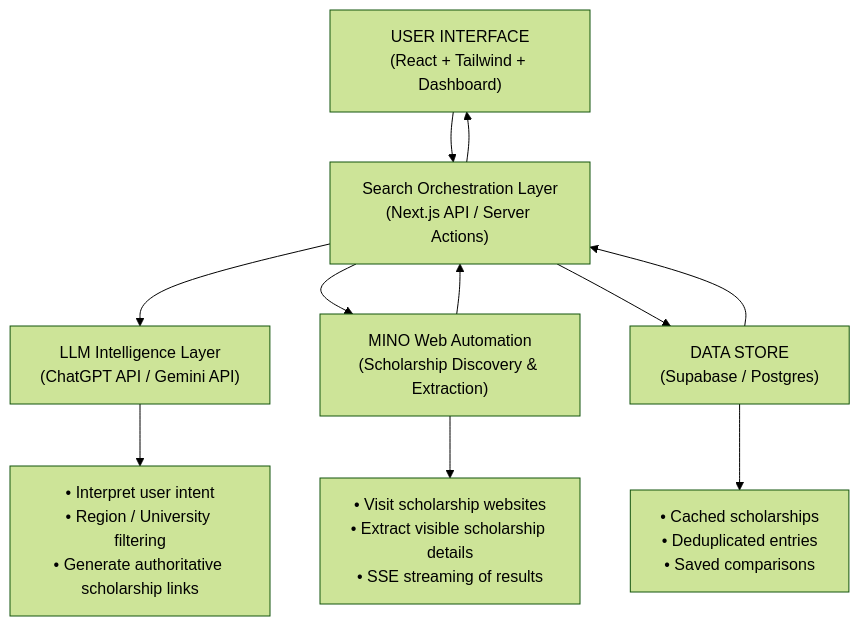
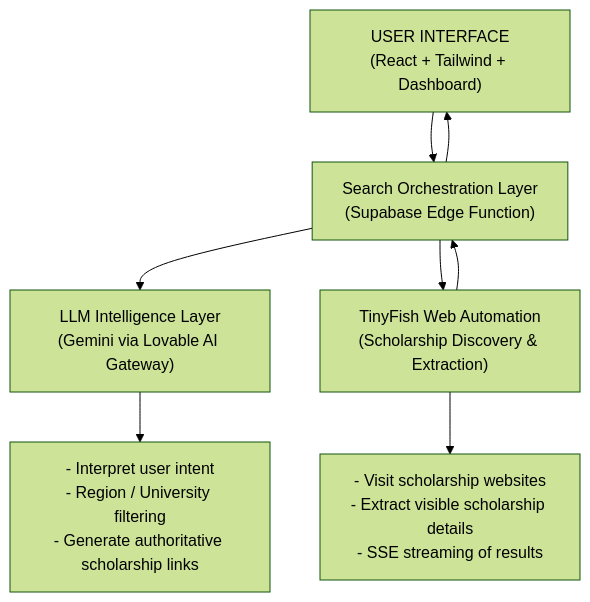
One commit to tinyfish-io/TinyFish-cookbook changed the diagram in scholarship-finder/README.md. Above: the diagram before and after it, drawn with Mermaid (forest theme). The commit also changed other lines of this file and 68 other files, not shown here.

First line of the commit message:
Migrate cookbook projects from Gemini/Mino to OpenAI/TinyFish

````diff
--- a/scholarship-finder/README.md
+++ b/scholarship-finder/README.md
@@ -86,54 +123,44 @@
 ```mermaid
 flowchart TB
 
 %% =======================
 %% UI LAYER
 %% =======================
 UI["USER INTERFACE<br/>(React + Tailwind + Dashboard)"]
 
 %% =======================
 %% INPUT & ORCHESTRATION
 %% =======================
-ORCH["Search Orchestration Layer<br/>(Next.js API / Server Actions)"]
+ORCH["Search Orchestration Layer<br/>(Supabase Edge Function)"]
 
 %% =======================
 %% INTELLIGENCE LAYER
 %% =======================
-LLM["LLM Intelligence Layer<br/>(ChatGPT API / Gemini API)"]
+LLM["LLM Intelligence Layer<br/>(Gemini via Lovable AI Gateway)"]
 
 %% =======================
 %% AUTOMATION LAYER
 %% =======================
-MINO["MINO Web Automation<br/>(Scholarship Discovery & Extraction)"]
-
-%% =======================
-%% DATA LAYER
-%% =======================
-DB["DATA STORE<br/>(Supabase / Postgres)"]
+TF["TinyFish Web Automation<br/>(Scholarship Discovery & Extraction)"]
 
 %% =======================
 %% DETAIL NODES
 %% =======================
-LLMD["• Interpret user intent<br/>• Region / University filtering<br/>• Generate authoritative scholarship links"]
-MINOD["• Visit scholarship websites<br/>• Extract visible scholarship details<br/>• SSE streaming of results"]
-DBD["• Cached scholarships<br/>• Deduplicated entries<br/>• Saved comparisons"]
+LLMD["- Interpret user intent<br/>- Region / University filtering<br/>- Generate authoritative scholarship links"]
+TFD["- Visit scholarship websites<br/>- Extract visible scholarship details<br/>- SSE streaming of results"]
 
 %% =======================
 %% CONNECTIONS
 %% =======================
 UI --> ORCH
 
 ORCH --> LLM
 LLM --> LLMD
 
-ORCH --> MINO
-MINO --> MINOD
+ORCH --> TF
+TF --> TFD
 
-ORCH --> DB
-DB --> DBD
-
-MINO --> ORCH
-DB --> ORCH
+TF --> ORCH
 
 ORCH --> UI
 ```
````
